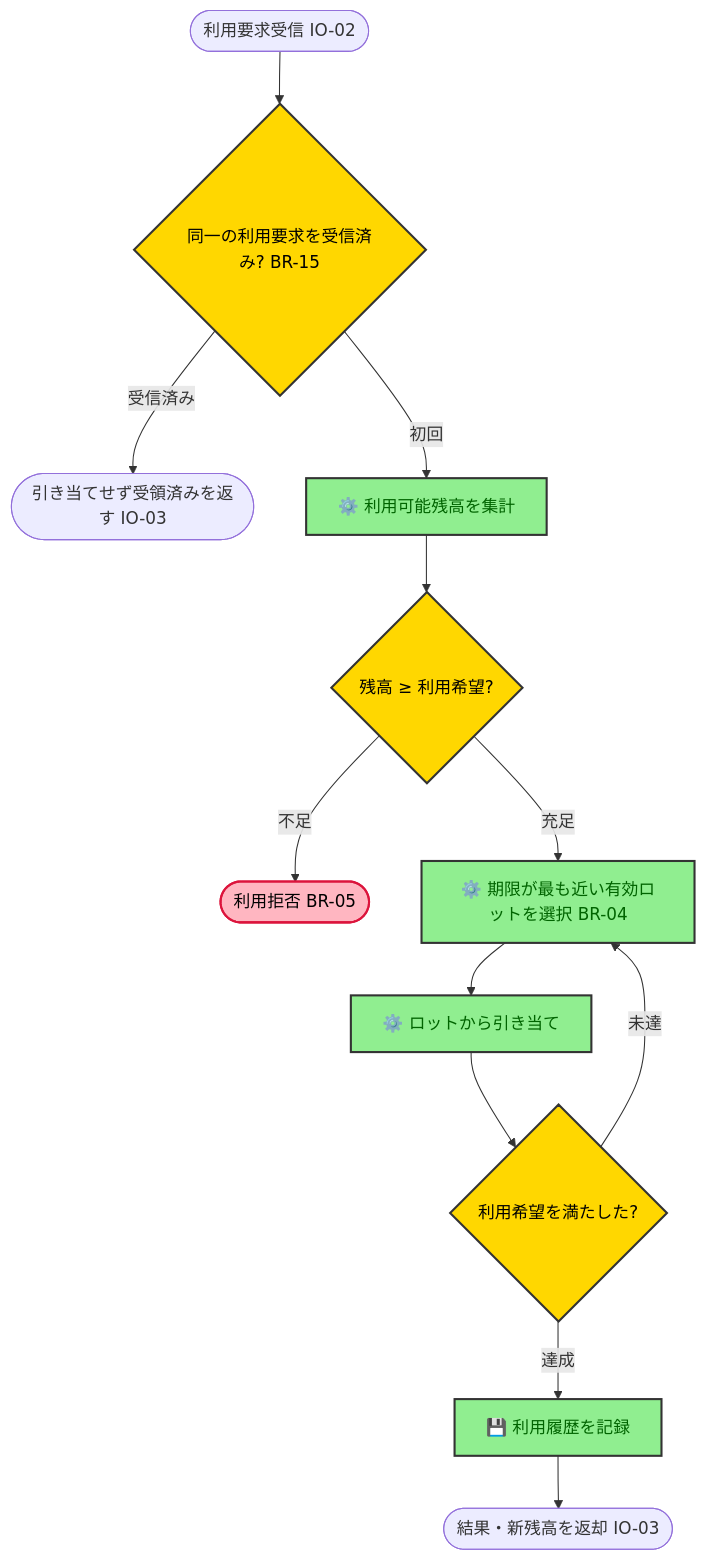
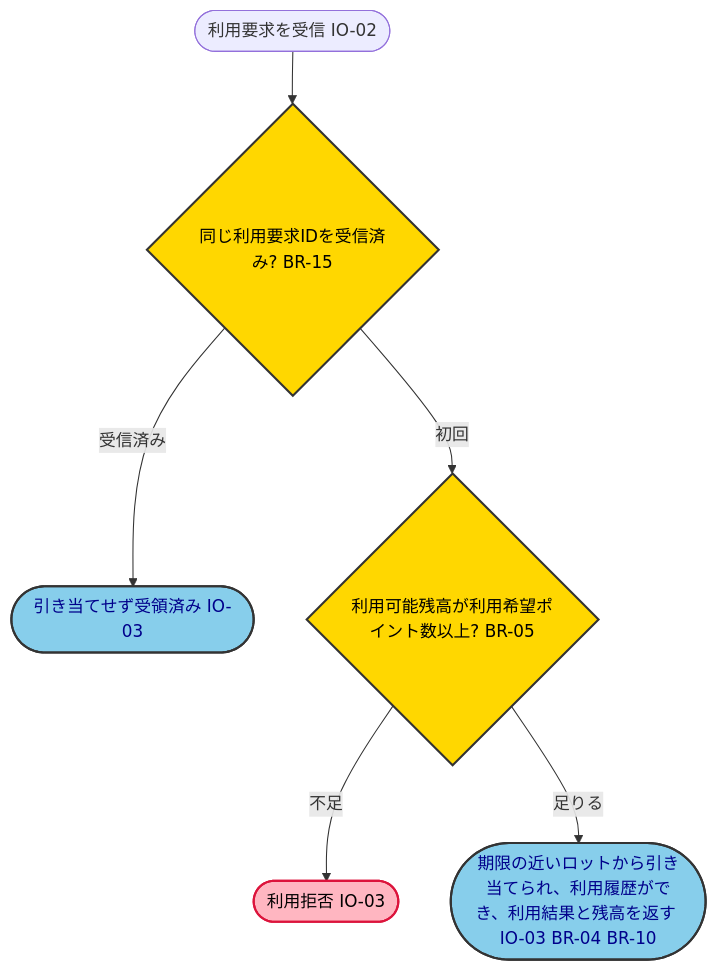
Before and after one commit to kasiopeiya/claude-dev-template: the fourth of 6 diagrams in samples/docs/requirements-detail.md, drawn with Mermaid. The commit also changed other lines of this file and 1 other file, not shown here.

First line of the commit message:
docs: 要件定義書の手本から処理のやり方を外し、アクティビティ図を機能仕様から描き起こす (#1915, #1916)

````diff
--- a/samples/docs/requirements-detail.md
+++ b/samples/docs/requirements-detail.md
@@ -600,21 +592,15 @@
 ```mermaid
 flowchart TD
-    start([利用要求受信 IO-02]) --> dup{同一の利用要求を受信済み? BR-15}
-    dup -->|受信済み| ack([引き当てせず受領済みを返す IO-03])
-    dup -->|初回| sum[⚙️ 利用可能残高を集計]
-    sum --> enough{残高 ≥ 利用希望?}
-    enough -->|不足| reject([利用拒否 BR-05])
-    enough -->|充足| pick[⚙️ 期限が最も近い有効ロットを選択 BR-04]
-    pick --> apply[⚙️ ロットから引き当て]
-    apply --> done{利用希望を満たした?}
-    done -->|未達| pick
-    done -->|達成| record[💾 利用履歴を記録]
-    record --> resp([結果・新残高を返却 IO-03])
+    start(["利用要求を受信 IO-02"]) --> dup{"同じ利用要求IDを受信済み? BR-15"}
+    dup -->|受信済み| ack(["引き当てせず受領済み IO-03"])
+    dup -->|初回| enough{"利用可能残高が利用希望ポイント数以上? BR-05"}
+    enough -->|不足| reject(["利用拒否 IO-03"])
+    enough -->|足りる| used(["期限の近いロットから引き当てられ、利用履歴ができ、利用結果と残高を返す IO-03 BR-04 BR-10"])
 
-    classDef step fill:#90EE90,stroke:#333,stroke-width:2px,color:darkgreen
     classDef decision fill:#FFD700,stroke:#333,stroke-width:2px,color:black
+    classDef result fill:#87CEEB,stroke:#333,stroke-width:2px,color:darkblue
     classDef error fill:#FFB6C1,stroke:#DC143C,stroke-width:2px,color:black
-    class sum,pick,apply,record step
-    class dup,enough,done decision
+    class dup,enough decision
+    class ack,used result
     class reject error
 ```
````
